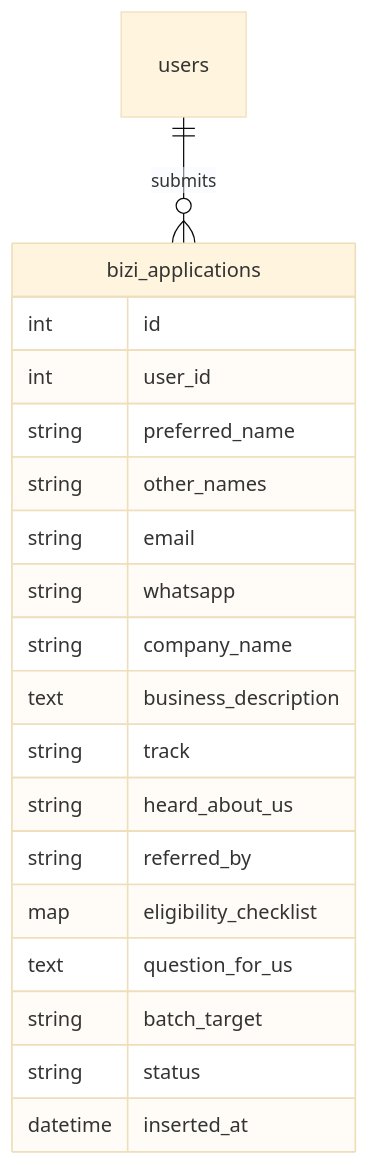
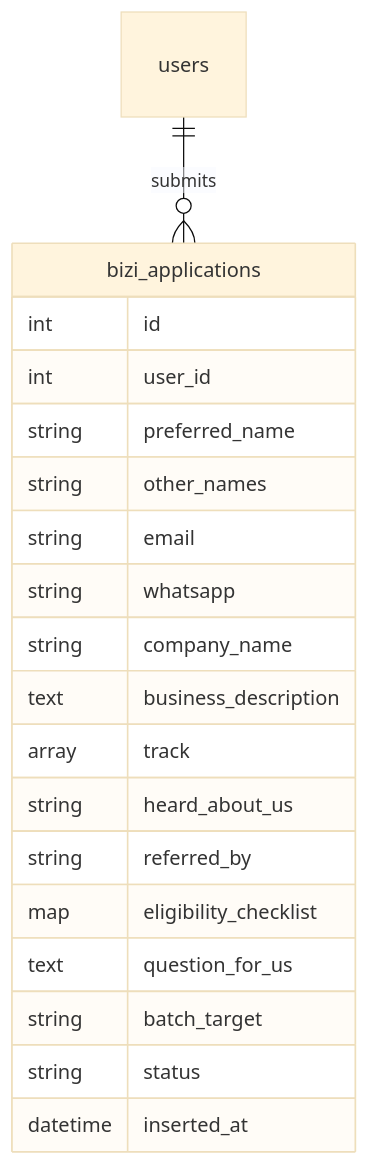
One commit to okumuraven/Boardy.ai changed the eighth of 8 diagrams in bizi_flow.md. Above: the diagram before and after it, drawn with Mermaid (base theme). The commit also changed other lines of this file and 22 other files, not shown here.

````diff
--- a/bizi_flow.md
+++ b/bizi_flow.md
@@ -209,22 +209,22 @@
 ```mermaid
 erDiagram
     users ||--o{ bizi_applications : submits
     bizi_applications {
         int id
         int user_id
         string preferred_name
         string other_names
         string email
         string whatsapp
         string company_name
         text business_description
-        string track
+        array track
         string heard_about_us
         string referred_by
         map eligibility_checklist
         text question_for_us
         string batch_target
         string status
         datetime inserted_at
     }
 ```
````
